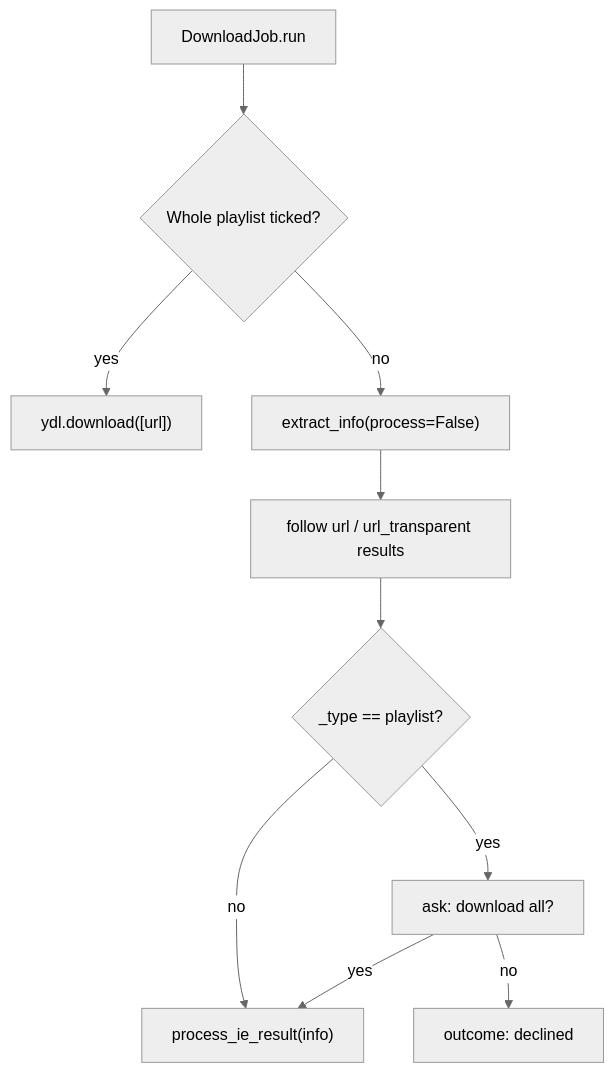
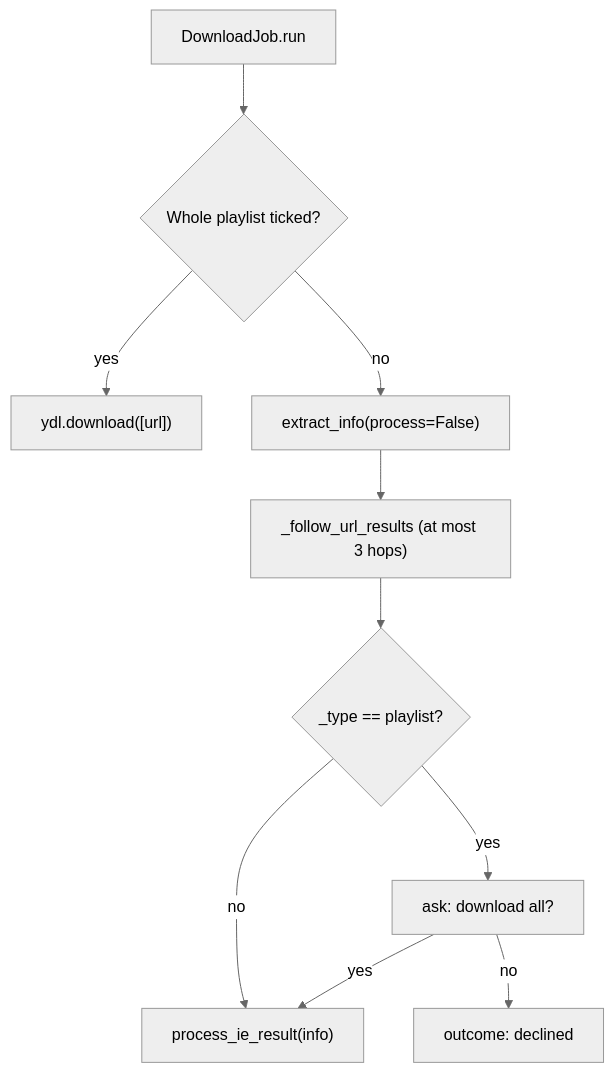
The second of 2 diagrams in docs/wiki/04-download-pipeline.md (lifeupnorth/YouTubeDownloader), drawn with Mermaid (neutral theme) before and after one commit. The commit also changed other lines of this file and 10 other files, not shown here.

````diff
--- a/docs/wiki/04-download-pipeline.md
+++ b/docs/wiki/04-download-pipeline.md
@@ -85,12 +87,12 @@
 ```mermaid
 flowchart TD
     start["DownloadJob.run"] --> ticked{"Whole playlist ticked?"}
     ticked -- yes --> dl["ydl.download([url])"]
     ticked -- no --> probe["extract_info(process=False)"]
-    probe --> follow["follow url / url_transparent results"]
+    probe --> follow["_follow_url_results (at most 3 hops)"]
     follow --> isList{"_type == playlist?"}
     isList -- no --> proc["process_ie_result(info)"]
     isList -- yes --> ask["ask: download all?"]
     ask -- yes --> proc
     ask -- no --> declined["outcome: declined"]
 ```
````
